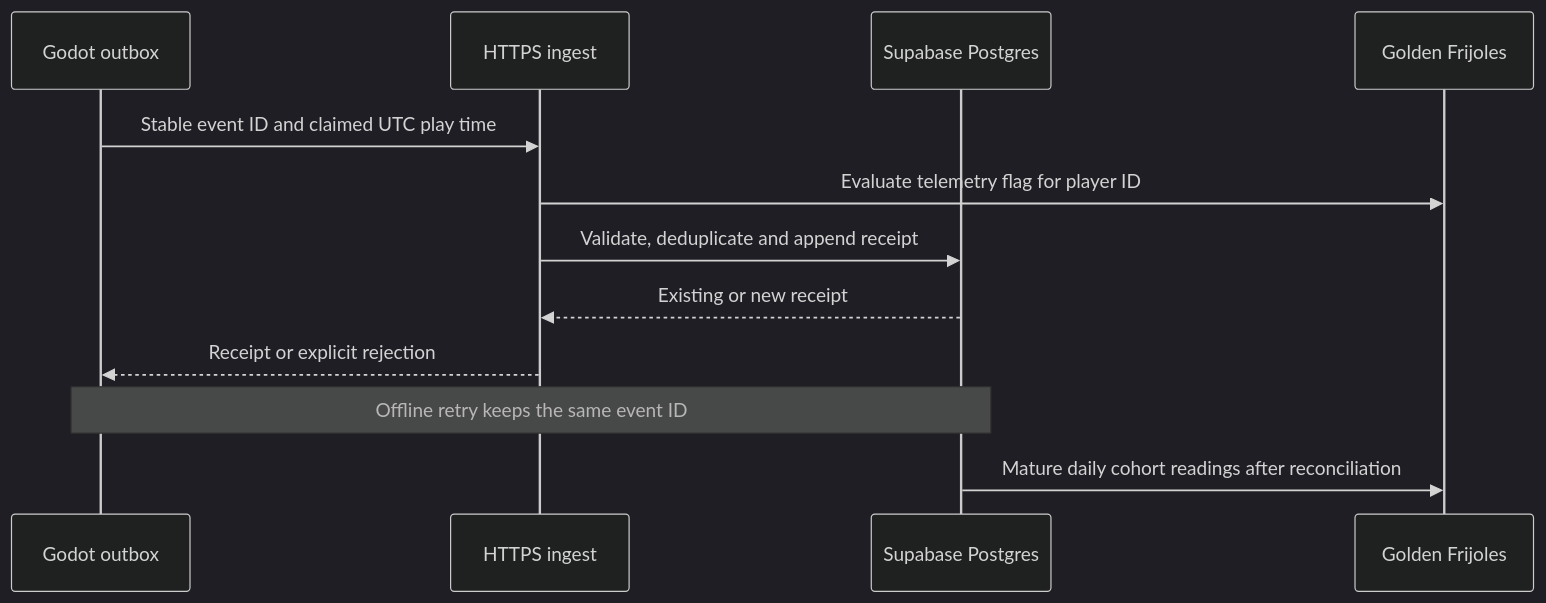
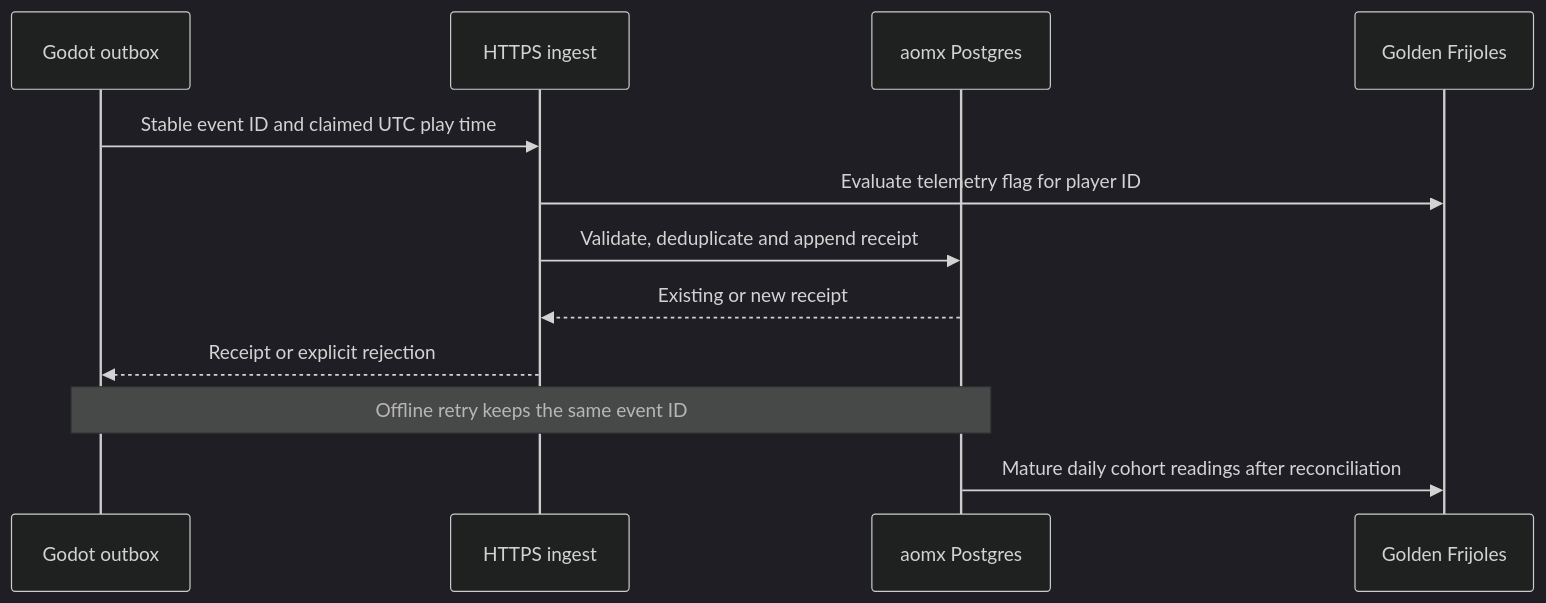
Before and after one commit to danybgoode/aomx: the second of 2 diagrams in Roadmap/00-ideas/seeds/enable-measured-private-alpha.md, drawn with Mermaid (dark theme). The commit also changed other lines of this file and 47 other files, not shown here.

````diff
--- a/Roadmap/00-ideas/seeds/enable-measured-private-alpha.md
+++ b/Roadmap/00-ideas/seeds/enable-measured-private-alpha.md
@@ -119,14 +119,14 @@
 ```mermaid
 sequenceDiagram
   participant G as Godot outbox
   participant A as HTTPS ingest
-  participant P as Supabase Postgres
+  participant P as aomx Postgres
   participant M as Golden Frijoles
   G->>A: Stable event ID and claimed UTC play time
   A->>M: Evaluate telemetry flag for player ID
   A->>P: Validate, deduplicate and append receipt
   P-->>A: Existing or new receipt
   A-->>G: Receipt or explicit rejection
   Note over G,P: Offline retry keeps the same event ID
   P->>M: Mature daily cohort readings after reconciliation
 ```
````
